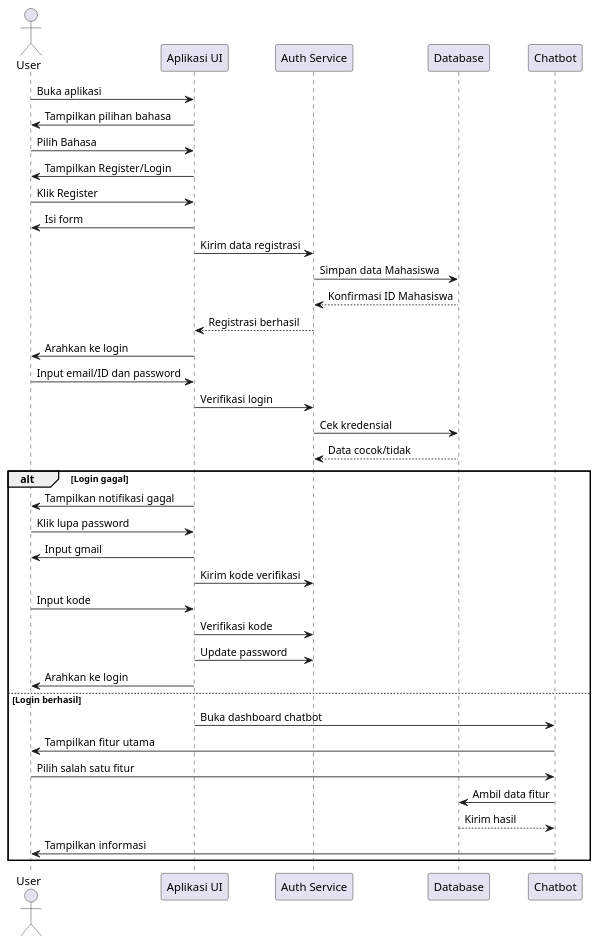
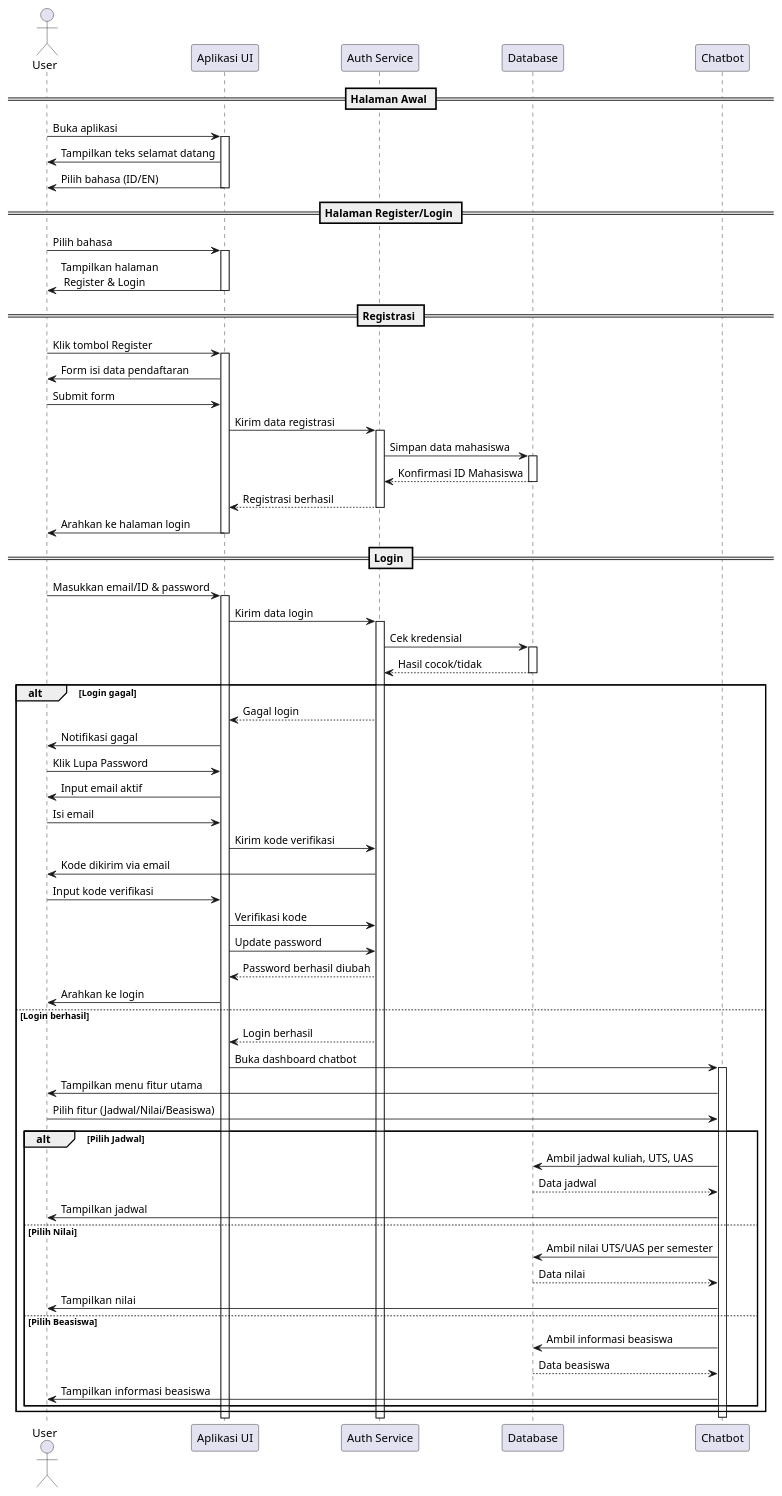
Before and after one commit to Kevin420-KS/APSI-Analisis-Perancangan-Sistem-Informasi-: the diagram in Project akhir/sequence.puml, drawn with PlantUML. The commit also changed 2 other files, not shown here.

```diff
--- a/Project akhir/sequence.puml
+++ b/Project akhir/sequence.puml
@@ -1,42 +1,82 @@
 @startuml
 actor User
 participant "Aplikasi UI" as UI
 participant "Auth Service" as Auth
 participant "Database" as DB
 participant "Chatbot" as Bot
 
+== Halaman Awal ==
 User -> UI : Buka aplikasi
-UI -> User : Tampilkan pilihan bahasa
-User -> UI : Pilih Bahasa
-UI -> User : Tampilkan Register/Login
+activate UI
+UI -> User : Tampilkan teks selamat datang
+UI -> User : Pilih bahasa (ID/EN)
+deactivate UI
 
-User -> UI : Klik Register
-UI -> User : Isi form
+== Halaman Register/Login ==
+User -> UI : Pilih bahasa
+activate UI
+UI -> User : Tampilkan halaman\n Register & Login
+deactivate UI
+
+== Registrasi ==
+User -> UI : Klik tombol Register
+activate UI
+UI -> User : Form isi data pendaftaran
+User -> UI : Submit form
 UI -> Auth : Kirim data registrasi
-Auth -> DB : Simpan data Mahasiswa
+activate Auth
+Auth -> DB : Simpan data mahasiswa
+activate DB
 DB --> Auth : Konfirmasi ID Mahasiswa
+deactivate DB
 Auth --> UI : Registrasi berhasil
-UI -> User : Arahkan ke login
+deactivate Auth
+UI -> User : Arahkan ke halaman login
+deactivate UI
 
-User -> UI : Input email/ID dan password
-UI -> Auth : Verifikasi login
+== Login ==
+User -> UI : Masukkan email/ID & password
+activate UI
+UI -> Auth : Kirim data login
+activate Auth
 Auth -> DB : Cek kredensial
-DB --> Auth : Data cocok/tidak
+activate DB
+DB --> Auth : Hasil cocok/tidak
+deactivate DB
+
 alt Login gagal
-  UI -> User : Tampilkan notifikasi gagal
-  User -> UI : Klik lupa password
-  UI -> User : Input gmail
-  UI -> Auth : Kirim kode verifikasi
-  User -> UI : Input kode
-  UI -> Auth : Verifikasi kode
-  UI -> Auth : Update password
-  UI -> User : Arahkan ke login
+    Auth --> UI : Gagal login
+    UI -> User : Notifikasi gagal
+    User -> UI : Klik Lupa Password
+    UI -> User : Input email aktif
+    User -> UI : Isi email
+    UI -> Auth : Kirim kode verifikasi
+    Auth -> User : Kode dikirim via email
+    User -> UI : Input kode verifikasi
+    UI -> Auth : Verifikasi kode
+    UI -> Auth : Update password
+    Auth --> UI : Password berhasil diubah
+    UI -> User : Arahkan ke login
 else Login berhasil
-  UI -> Bot : Buka dashboard chatbot
-  Bot -> User : Tampilkan fitur utama
-  User -> Bot : Pilih salah satu fitur
-  Bot -> DB : Ambil data fitur
-  DB --> Bot : Kirim hasil
-  Bot -> User : Tampilkan informasi
+    Auth --> UI : Login berhasil
+    UI -> Bot : Buka dashboard chatbot
+    activate Bot
+    Bot -> User : Tampilkan menu fitur utama
+    User -> Bot : Pilih fitur (Jadwal/Nilai/Beasiswa)
+
+    alt Pilih Jadwal
+        Bot -> DB : Ambil jadwal kuliah, UTS, UAS
+        DB --> Bot : Data jadwal
+        Bot -> User : Tampilkan jadwal
+    else Pilih Nilai
+        Bot -> DB : Ambil nilai UTS/UAS per semester
+        DB --> Bot : Data nilai
+        Bot -> User : Tampilkan nilai
+    else Pilih Beasiswa
+        Bot -> DB : Ambil informasi beasiswa
+        DB --> Bot : Data beasiswa
+        Bot -> User : Tampilkan informasi beasiswa
+    end
 end
+deactivate Bot
 @enduml
```
